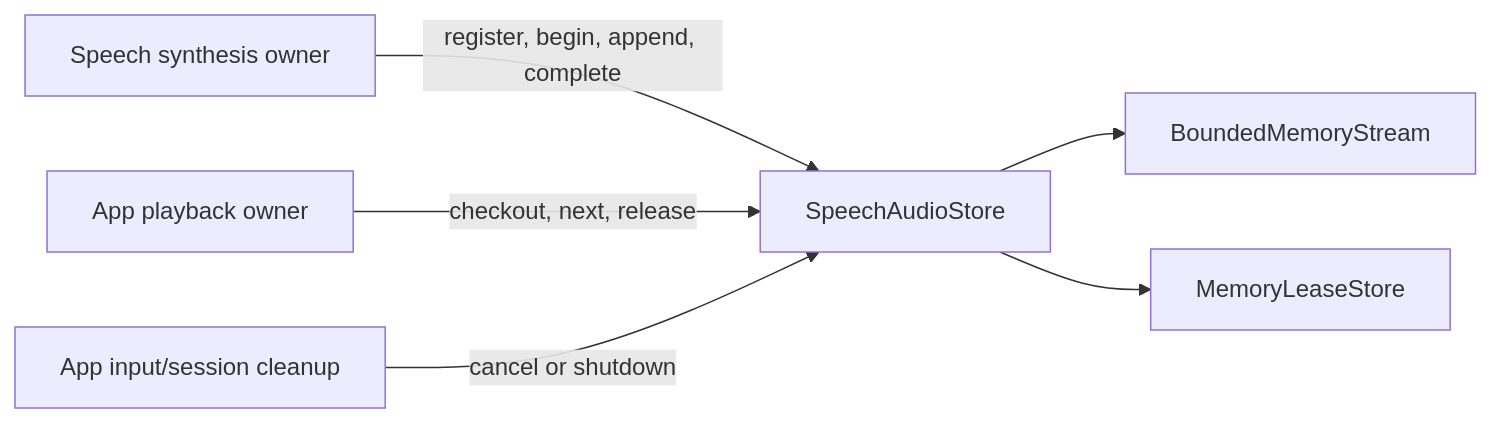
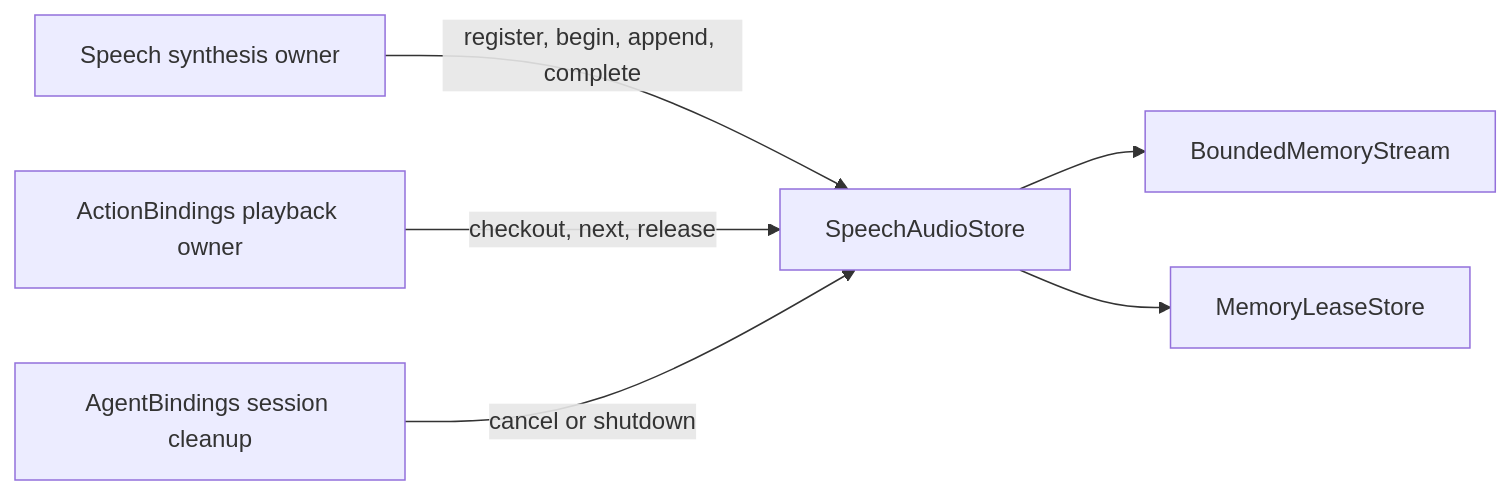
One commit to devilyouwei/MobileHarness changed the diagram in MobileHarness/Storage/Audio/README.md. Above: the diagram before and after it, drawn with Mermaid. The commit also changed 254 other files, not shown here.

First line of the commit message:
refactor: isolate app composition and module bindings

````diff
--- a/MobileHarness/Storage/Audio/README.md
+++ b/MobileHarness/Storage/Audio/README.md
@@ -15,8 +15,8 @@
 ```mermaid
 flowchart LR
  Producer[Speech synthesis owner] -->|register, begin, append, complete| Store[SpeechAudioStore]
- Player[App playback owner] -->|checkout, next, release| Store
- Scope[App input/session cleanup] -->|cancel or shutdown| Store
+ Player[ActionBindings playback owner] -->|checkout, next, release| Store
+ Scope[AgentBindings session cleanup] -->|cancel or shutdown| Store
  Store --> Stream[BoundedMemoryStream]
  Store --> Lease[MemoryLeaseStore]
 ```
````
